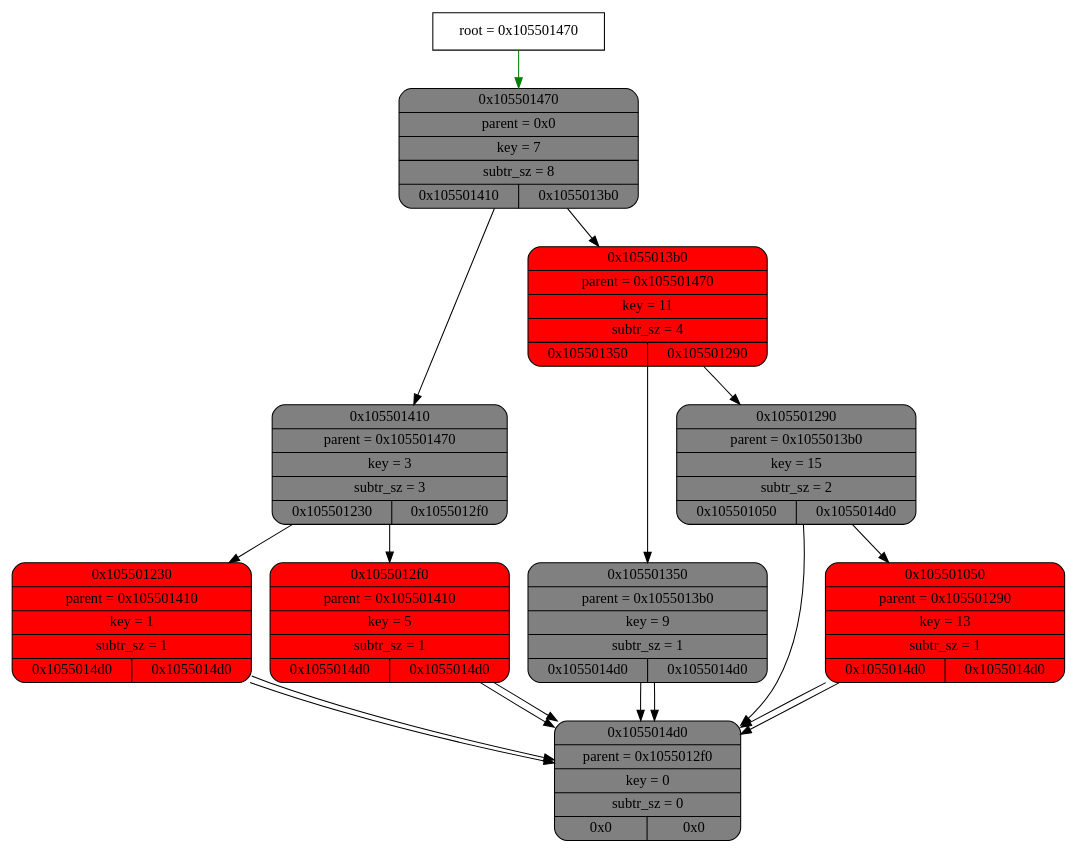
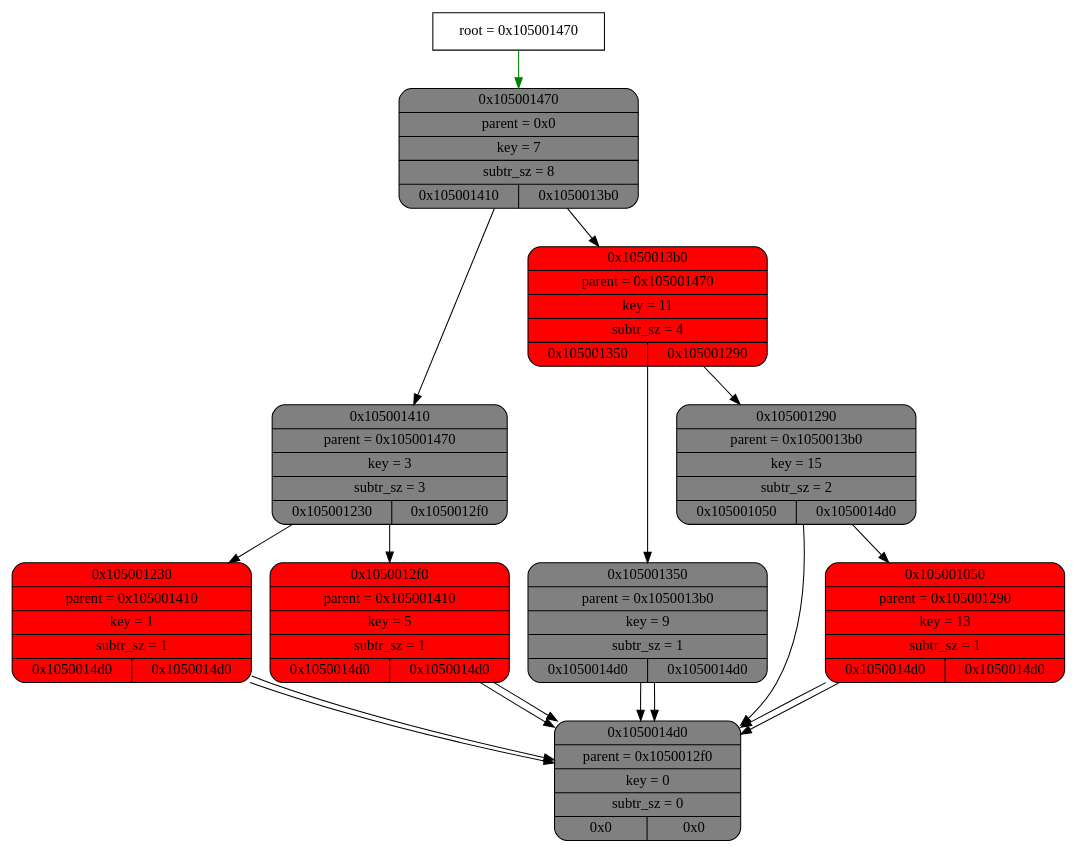
Before and after one commit to esgalimov/tree: the diagram in graphviz.dot, drawn with Graphviz. The commit also changed 6 other files, not shown here.

```diff
--- a/graphviz.dot
+++ b/graphviz.dot
@@ -1,57 +1,57 @@
 digraph
 {
-    node_info[shape = record, label = "{root = 0x105501470}"];
+    node_info[shape = record, label = "{root = 0x105001470}"];
 
-    node_info->node_0x105501470 [color = "green"];
-    node_0x105501470[shape = Mrecord, label = "{{0x105501470} | {parent =  0x0} | {key = 7} | {subtr_sz = 8} | {0x105501410| 0x1055013b0}}",
+    node_info->node_0x105001470 [color = "green"];
+    node_0x105001470[shape = Mrecord, label = "{{0x105001470} | {parent =  0x0} | {key = 7} | {subtr_sz = 8} | {0x105001410| 0x1050013b0}}",
             style="filled", fillcolor="grey"];
-    node_0x105501410[shape = Mrecord, label = "{{0x105501410} | {parent =  0x105501470} | {key = 3} | {subtr_sz = 3} | {0x105501230| 0x1055012f0}}",
+    node_0x105001410[shape = Mrecord, label = "{{0x105001410} | {parent =  0x105001470} | {key = 3} | {subtr_sz = 3} | {0x105001230| 0x1050012f0}}",
             style="filled", fillcolor="grey"];
-    node_0x105501230[shape = Mrecord, label = "{{0x105501230} | {parent =  0x105501410} | {key = 1} | {subtr_sz = 1} | {0x1055014d0| 0x1055014d0}}",
+    node_0x105001230[shape = Mrecord, label = "{{0x105001230} | {parent =  0x105001410} | {key = 1} | {subtr_sz = 1} | {0x1050014d0| 0x1050014d0}}",
             style="filled", fillcolor="red"];
-    node_0x1055014d0[shape = Mrecord, label = "{{0x1055014d0} | {parent =  0x1055012f0} | {key = 0} | {subtr_sz = 0} | {0x0| 0x0}}",
+    node_0x1050014d0[shape = Mrecord, label = "{{0x1050014d0} | {parent =  0x1050012f0} | {key = 0} | {subtr_sz = 0} | {0x0| 0x0}}",
             style="filled", fillcolor="grey"];
-    node_0x1055014d0[shape = Mrecord, label = "{{0x1055014d0} | {parent =  0x1055012f0} | {key = 0} | {subtr_sz = 0} | {0x0| 0x0}}",
+    node_0x1050014d0[shape = Mrecord, label = "{{0x1050014d0} | {parent =  0x1050012f0} | {key = 0} | {subtr_sz = 0} | {0x0| 0x0}}",
             style="filled", fillcolor="grey"];
-    node_0x1055012f0[shape = Mrecord, label = "{{0x1055012f0} | {parent =  0x105501410} | {key = 5} | {subtr_sz = 1} | {0x1055014d0| 0x1055014d0}}",
+    node_0x1050012f0[shape = Mrecord, label = "{{0x1050012f0} | {parent =  0x105001410} | {key = 5} | {subtr_sz = 1} | {0x1050014d0| 0x1050014d0}}",
             style="filled", fillcolor="red"];
-    node_0x1055014d0[shape = Mrecord, label = "{{0x1055014d0} | {parent =  0x1055012f0} | {key = 0} | {subtr_sz = 0} | {0x0| 0x0}}",
+    node_0x1050014d0[shape = Mrecord, label = "{{0x1050014d0} | {parent =  0x1050012f0} | {key = 0} | {subtr_sz = 0} | {0x0| 0x0}}",
             style="filled", fillcolor="grey"];
-    node_0x1055014d0[shape = Mrecord, label = "{{0x1055014d0} | {parent =  0x1055012f0} | {key = 0} | {subtr_sz = 0} | {0x0| 0x0}}",
+    node_0x1050014d0[shape = Mrecord, label = "{{0x1050014d0} | {parent =  0x1050012f0} | {key = 0} | {subtr_sz = 0} | {0x0| 0x0}}",
             style="filled", fillcolor="grey"];
-    node_0x1055013b0[shape = Mrecord, label = "{{0x1055013b0} | {parent =  0x105501470} | {key = 11} | {subtr_sz = 4} | {0x105501350| 0x105501290}}",
+    node_0x1050013b0[shape = Mrecord, label = "{{0x1050013b0} | {parent =  0x105001470} | {key = 11} | {subtr_sz = 4} | {0x105001350| 0x105001290}}",
             style="filled", fillcolor="red"];
-    node_0x105501350[shape = Mrecord, label = "{{0x105501350} | {parent =  0x1055013b0} | {key = 9} | {subtr_sz = 1} | {0x1055014d0| 0x1055014d0}}",
+    node_0x105001350[shape = Mrecord, label = "{{0x105001350} | {parent =  0x1050013b0} | {key = 9} | {subtr_sz = 1} | {0x1050014d0| 0x1050014d0}}",
             style="filled", fillcolor="grey"];
-    node_0x1055014d0[shape = Mrecord, label = "{{0x1055014d0} | {parent =  0x1055012f0} | {key = 0} | {subtr_sz = 0} | {0x0| 0x0}}",
+    node_0x1050014d0[shape = Mrecord, label = "{{0x1050014d0} | {parent =  0x1050012f0} | {key = 0} | {subtr_sz = 0} | {0x0| 0x0}}",
             style="filled", fillcolor="grey"];
-    node_0x1055014d0[shape = Mrecord, label = "{{0x1055014d0} | {parent =  0x1055012f0} | {key = 0} | {subtr_sz = 0} | {0x0| 0x0}}",
+    node_0x1050014d0[shape = Mrecord, label = "{{0x1050014d0} | {parent =  0x1050012f0} | {key = 0} | {subtr_sz = 0} | {0x0| 0x0}}",
             style="filled", fillcolor="grey"];
-    node_0x105501290[shape = Mrecord, label = "{{0x105501290} | {parent =  0x1055013b0} | {key = 15} | {subtr_sz = 2} | {0x105501050| 0x1055014d0}}",
+    node_0x105001290[shape = Mrecord, label = "{{0x105001290} | {parent =  0x1050013b0} | {key = 15} | {subtr_sz = 2} | {0x105001050| 0x1050014d0}}",
             style="filled", fillcolor="grey"];
-    node_0x105501050[shape = Mrecord, label = "{{0x105501050} | {parent =  0x105501290} | {key = 13} | {subtr_sz = 1} | {0x1055014d0| 0x1055014d0}}",
+    node_0x105001050[shape = Mrecord, label = "{{0x105001050} | {parent =  0x105001290} | {key = 13} | {subtr_sz = 1} | {0x1050014d0| 0x1050014d0}}",
             style="filled", fillcolor="red"];
-    node_0x1055014d0[shape = Mrecord, label = "{{0x1055014d0} | {parent =  0x1055012f0} | {key = 0} | {subtr_sz = 0} | {0x0| 0x0}}",
+    node_0x1050014d0[shape = Mrecord, label = "{{0x1050014d0} | {parent =  0x1050012f0} | {key = 0} | {subtr_sz = 0} | {0x0| 0x0}}",
             style="filled", fillcolor="grey"];
-    node_0x1055014d0[shape = Mrecord, label = "{{0x1055014d0} | {parent =  0x1055012f0} | {key = 0} | {subtr_sz = 0} | {0x0| 0x0}}",
+    node_0x1050014d0[shape = Mrecord, label = "{{0x1050014d0} | {parent =  0x1050012f0} | {key = 0} | {subtr_sz = 0} | {0x0| 0x0}}",
             style="filled", fillcolor="grey"];
-    node_0x1055014d0[shape = Mrecord, label = "{{0x1055014d0} | {parent =  0x1055012f0} | {key = 0} | {subtr_sz = 0} | {0x0| 0x0}}",
+    node_0x1050014d0[shape = Mrecord, label = "{{0x1050014d0} | {parent =  0x1050012f0} | {key = 0} | {subtr_sz = 0} | {0x0| 0x0}}",
             style="filled", fillcolor="grey"];
-    node_0x105501470->node_0x105501410
-    node_0x105501410->node_0x105501230
-    node_0x105501230->node_0x1055014d0
-    node_0x105501230->node_0x1055014d0
-    node_0x105501410->node_0x1055012f0
-    node_0x1055012f0->node_0x1055014d0
-    node_0x1055012f0->node_0x1055014d0
-    node_0x105501470->node_0x1055013b0
-    node_0x1055013b0->node_0x105501350
-    node_0x105501350->node_0x1055014d0
-    node_0x105501350->node_0x1055014d0
-    node_0x1055013b0->node_0x105501290
-    node_0x105501290->node_0x105501050
-    node_0x105501050->node_0x1055014d0
-    node_0x105501050->node_0x1055014d0
-    node_0x105501290->node_0x1055014d0
+    node_0x105001470->node_0x105001410
+    node_0x105001410->node_0x105001230
+    node_0x105001230->node_0x1050014d0
+    node_0x105001230->node_0x1050014d0
+    node_0x105001410->node_0x1050012f0
+    node_0x1050012f0->node_0x1050014d0
+    node_0x1050012f0->node_0x1050014d0
+    node_0x105001470->node_0x1050013b0
+    node_0x1050013b0->node_0x105001350
+    node_0x105001350->node_0x1050014d0
+    node_0x105001350->node_0x1050014d0
+    node_0x1050013b0->node_0x105001290
+    node_0x105001290->node_0x105001050
+    node_0x105001050->node_0x1050014d0
+    node_0x105001050->node_0x1050014d0
+    node_0x105001290->node_0x1050014d0
 
 }
```
